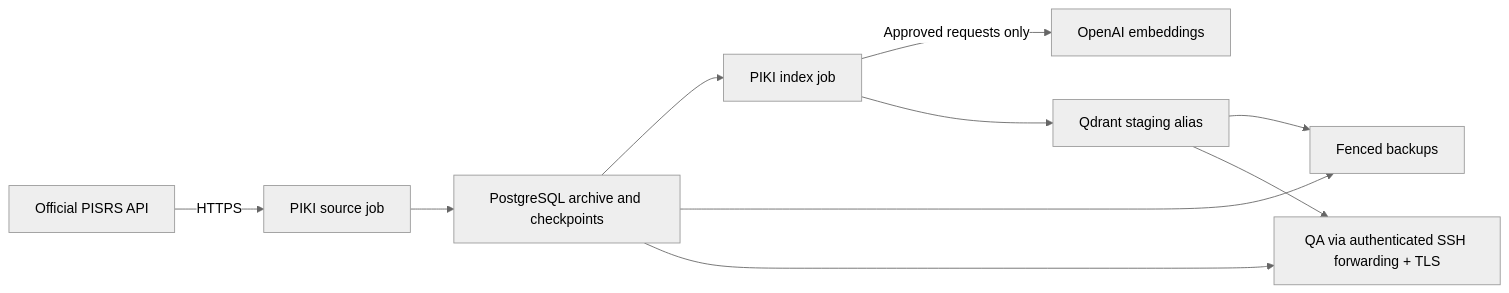
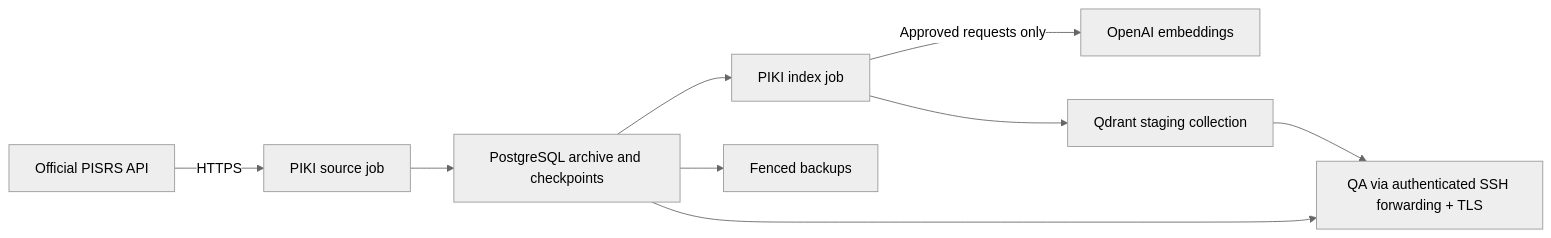
The diagram in docs/PIKI-PISRS-ARCHITECTURE.md (OpenLegalCore/slovenia-pisrs-ingest), drawn with Mermaid (neutral theme) before and after one commit. The commit also changed other lines of this file and 7 other files, not shown here.

````diff
--- a/docs/PIKI-PISRS-ARCHITECTURE.md
+++ b/docs/PIKI-PISRS-ARCHITECTURE.md
@@ -5,12 +5,11 @@
 ```mermaid
 flowchart LR
     P["Official PISRS API"] -->|HTTPS| S["PIKI source job"]
     S --> A["PostgreSQL archive and checkpoints"]
     A --> I["PIKI index job"]
     I -->|Approved requests only| E["OpenAI embeddings"]
-    I --> Q["Qdrant staging alias"]
+    I --> Q["Qdrant staging collection"]
     A --> B["Fenced backups"]
-    Q --> B
     A --> R["QA via authenticated SSH forwarding + TLS"]
     Q --> R
 ```
````
